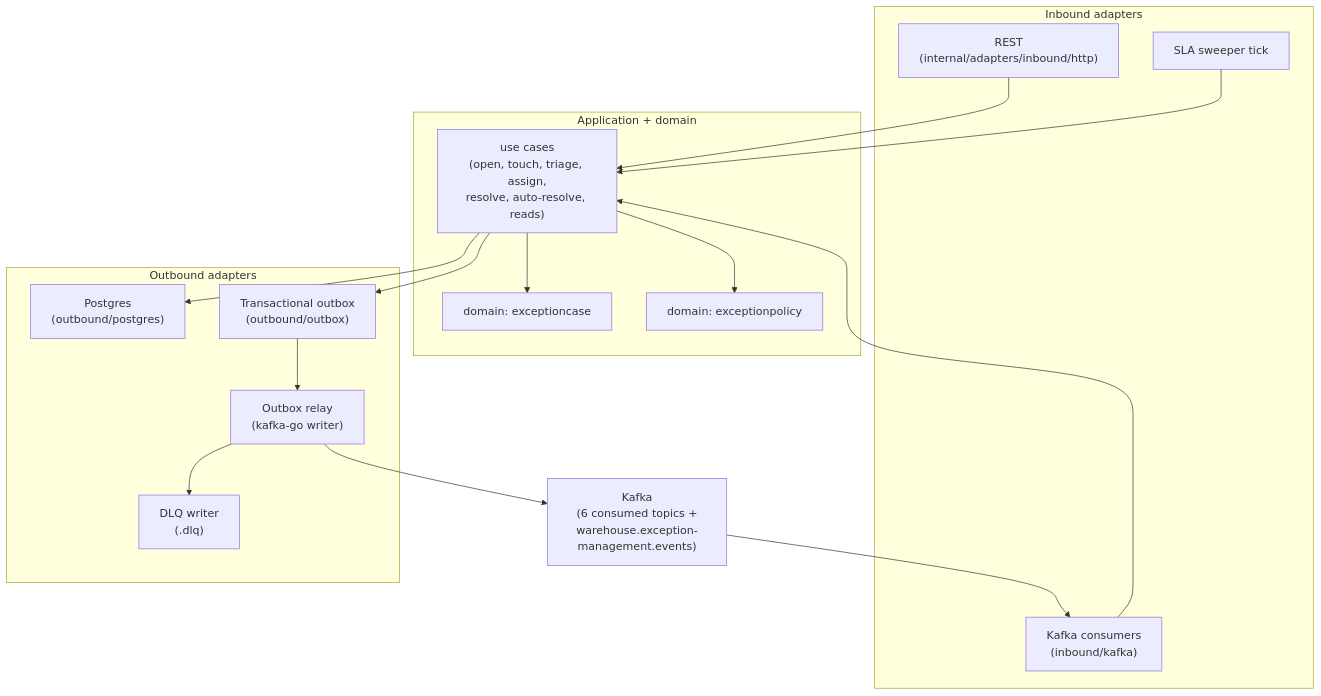
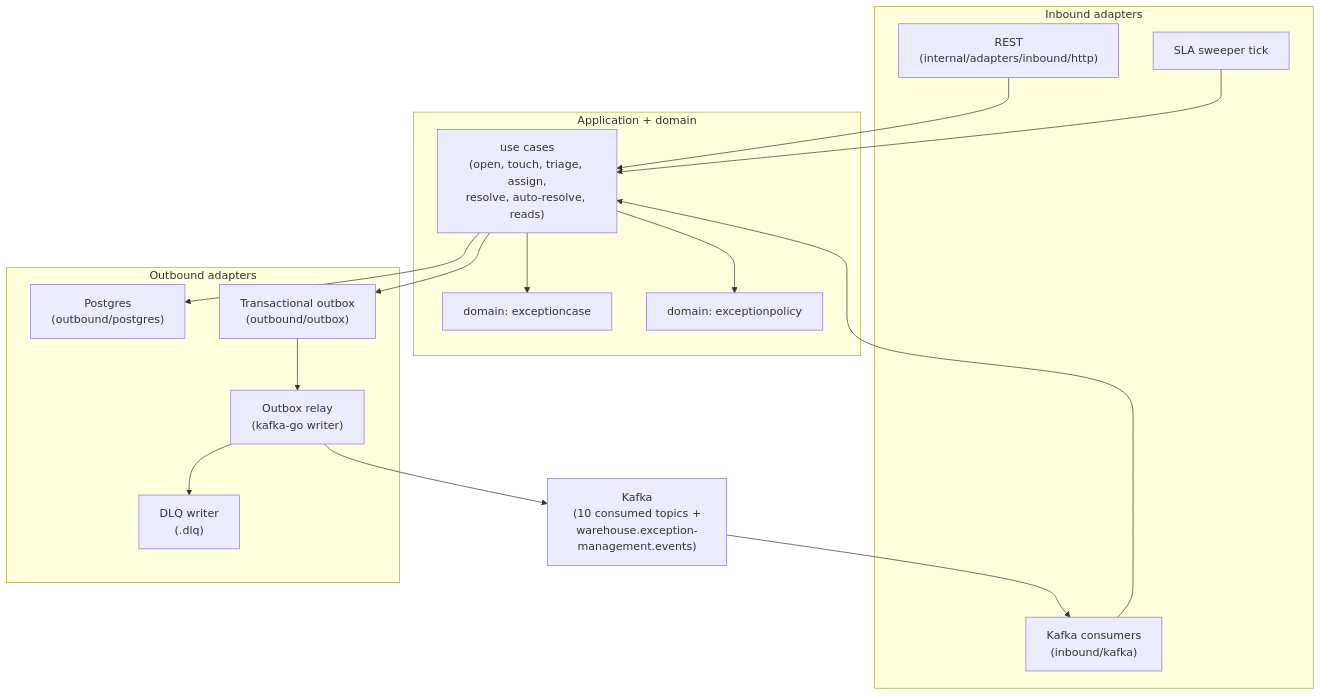
The diagram in docs/docs/overview/architecture.md (IQVO/exception-management), drawn with Mermaid before and after one commit. The commit also changed other lines of this file and 16 other files, not shown here.

First line of the commit message:
docs(exception-management): reconcile consumer counts, use cases and sources with the code

````diff
--- a/docs/docs/overview/architecture.md
+++ b/docs/docs/overview/architecture.md
@@ -16,32 +16,32 @@
 ```mermaid
 flowchart TB
   subgraph inbound["Inbound adapters"]
     REST["REST\n(internal/adapters/inbound/http)"]
     KAFKA_IN["Kafka consumers\n(inbound/kafka)"]
     SWEEP["SLA sweeper tick"]
   end
   subgraph core["Application + domain"]
     UC["use cases\n(open, touch, triage, assign,\nresolve, auto-resolve, reads)"]
     CASE["domain: exceptioncase"]
     POL["domain: exceptionpolicy"]
   end
   subgraph outbound["Outbound adapters"]
     PG["Postgres\n(outbound/postgres)"]
     OUTBOX["Transactional outbox\n(outbound/outbox)"]
     RELAY["Outbox relay\n(kafka-go writer)"]
     DLQ["DLQ writer\n(<topic>.dlq)"]
   end
-  KAFKA["Kafka\n(6 consumed topics +\nwarehouse.exception-management.events)"]
+  KAFKA["Kafka\n(10 consumed topics +\nwarehouse.exception-management.events)"]
 
   REST --> UC
   KAFKA_IN --> UC
   SWEEP --> UC
   UC --> CASE
   UC --> POL
   UC --> PG
   UC --> OUTBOX
   OUTBOX --> RELAY
   RELAY --> KAFKA
   KAFKA --> KAFKA_IN
   RELAY --> DLQ
 ```
````
